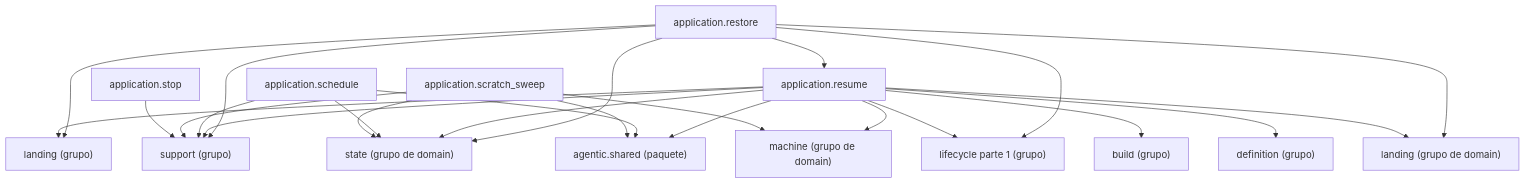
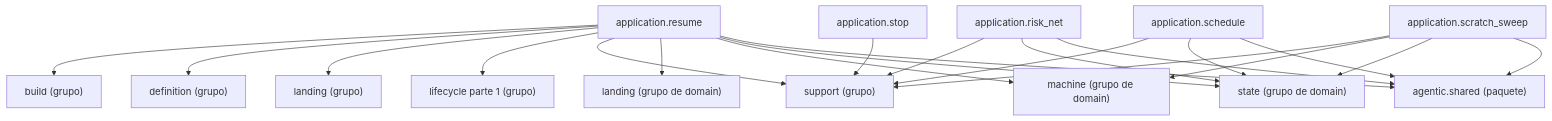
One commit to GonzaloZevallos/agentic-system changed the diagram in docs/architecture/generated/packages-process-application-lifecycle-2.md. Above: the diagram before and after it, drawn with Mermaid. The commit also changed other lines of this file and 14 other files, not shown here.

Commit message:
Put risk_net in the lifecycle cluster so the generated pages stay within the cap

````diff
--- a/docs/architecture/generated/packages-process-application-lifecycle-2.md
+++ b/docs/architecture/generated/packages-process-application-lifecycle-2.md
@@ -17,40 +16,37 @@
 ```mermaid
 graph TD
     g_application__build["build (grupo)"]
     g_application__definition["definition (grupo)"]
     g_application__landing["landing (grupo)"]
     g_application__lifecycle__1["lifecycle parte 1 (grupo)"]
     g_application__support["support (grupo)"]
     g_domain__landing["landing (grupo de domain)"]
     g_domain__machine["machine (grupo de domain)"]
     g_domain__state["state (grupo de domain)"]
     g_pkg__agentic__shared["agentic.shared (paquete)"]
-    m_application__restore["application.restore"]
     m_application__resume["application.resume"]
+    m_application__risk_net["application.risk_net"]
     m_application__schedule["application.schedule"]
     m_application__scratch_sweep["application.scratch_sweep"]
     m_application__stop["application.stop"]
-    m_application__restore --> g_application__landing
-    m_application__restore --> g_application__lifecycle__1
-    m_application__restore --> g_application__support
-    m_application__restore --> g_domain__landing
-    m_application__restore --> g_domain__state
-    m_application__restore --> m_application__resume
     m_application__resume --> g_application__build
     m_application__resume --> g_application__definition
     m_application__resume --> g_application__landing
     m_application__resume --> g_application__lifecycle__1
     m_application__resume --> g_application__support
     m_application__resume --> g_domain__landing
     m_application__resume --> g_domain__machine
     m_application__resume --> g_domain__state
     m_application__resume --> g_pkg__agentic__shared
+    m_application__risk_net --> g_application__support
+    m_application__risk_net --> g_domain__state
+    m_application__risk_net --> g_pkg__agentic__shared
     m_application__schedule --> g_application__support
     m_application__schedule --> g_domain__state
     m_application__schedule --> g_pkg__agentic__shared
     m_application__scratch_sweep --> g_application__support
     m_application__scratch_sweep --> g_domain__machine
     m_application__scratch_sweep --> g_domain__state
     m_application__scratch_sweep --> g_pkg__agentic__shared
     m_application__stop --> g_application__support
 ```
````
